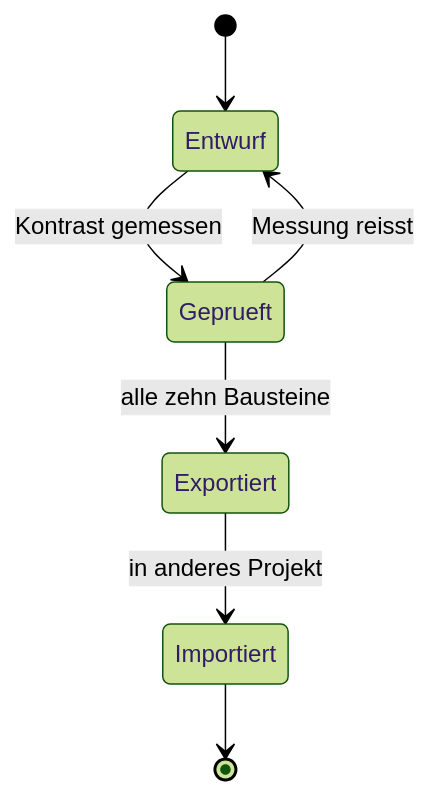
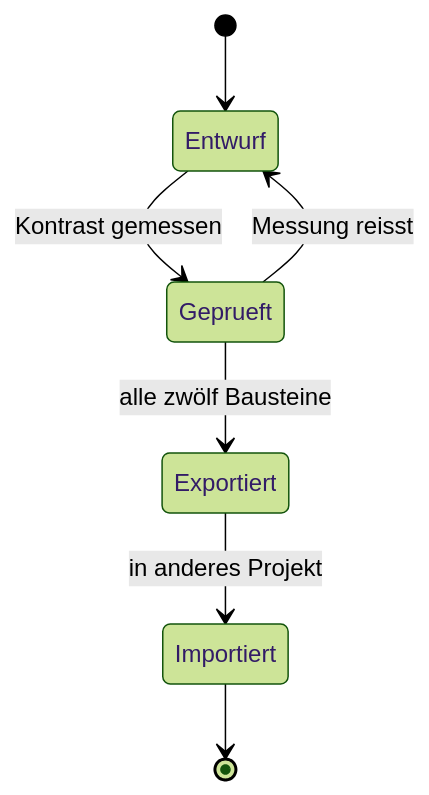
One commit to boxi-os/Quartz-Example-Template changed the first of 3 diagrams in 2-formatierung/09-diagramme/ablauf.md. Above: the diagram before and after it, drawn with Mermaid (forest theme). The commit also changed other lines of this file and 5 other files, not shown here.

First line of the commit message:
Die Bausteine sind zwölf, nicht zehn — auch in den Diagrammen

````diff
--- a/2-formatierung/09-diagramme/ablauf.md
+++ b/2-formatierung/09-diagramme/ablauf.md
@@ -26,9 +26,9 @@
 ```mermaid
 stateDiagram-v2
     [*] --> Entwurf
     Entwurf --> Geprueft: Kontrast gemessen
-    Geprueft --> Exportiert: alle zehn Bausteine
+    Geprueft --> Exportiert: alle zwölf Bausteine
     Exportiert --> Importiert: in anderes Projekt
     Importiert --> [*]
     Geprueft --> Entwurf: Messung reisst
 ```
````
